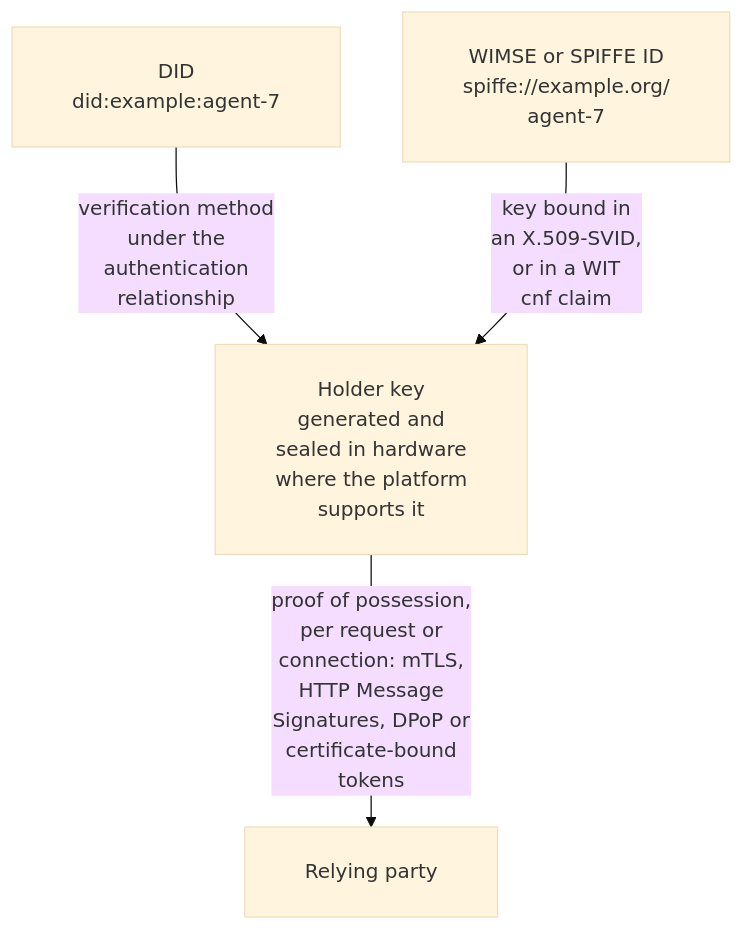
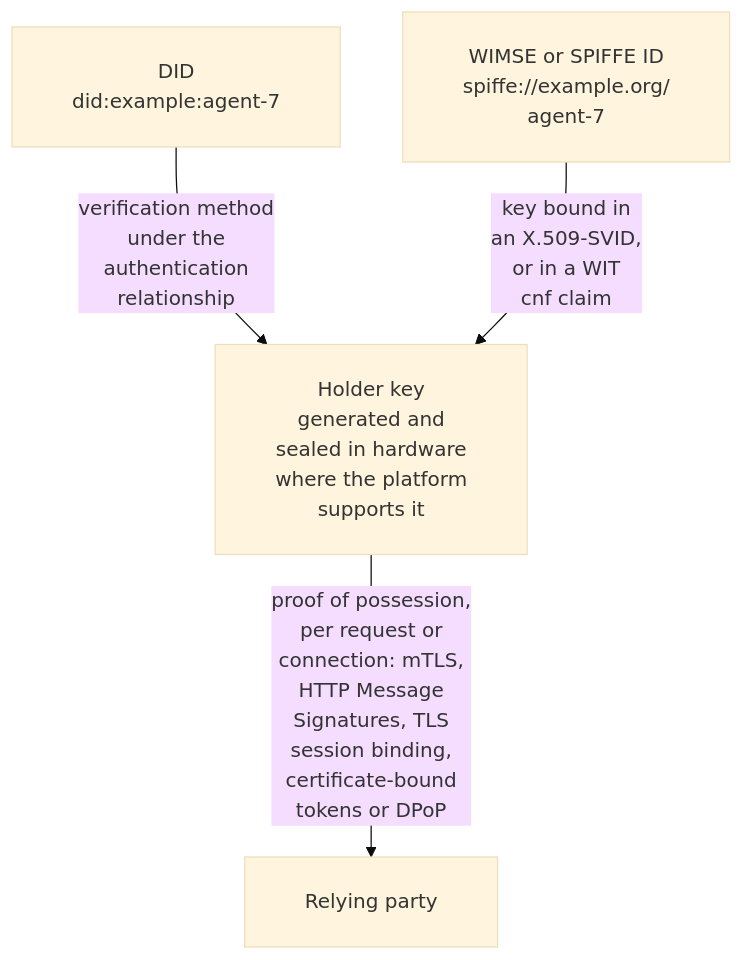
The first of 3 diagrams in whitepapers/agent-credentials.md (cosai-oasis/ws4-secure-design-agentic-systems), drawn with Mermaid (base theme) before and after one commit. The commit also changed other lines of this file, not shown here.

````diff
--- a/whitepapers/agent-credentials.md
+++ b/whitepapers/agent-credentials.md
@@ -290,7 +301,7 @@
 ```mermaid
 %%{init: {"flowchart": {"padding": 24}}}%%
 flowchart TD
     DID["DID<br/>did:example:agent-7"] -->|"verification method<br/>under the<br/>authentication<br/>relationship"| KEY
     WID["WIMSE or SPIFFE ID<br/>spiffe://example.org/<br/>agent-7"] -->|"key bound in<br/>an X.509-SVID,<br/>or in a WIT<br/>cnf claim"| KEY
-    KEY["Holder key<br/>generated and<br/>sealed in hardware<br/>where the platform<br/>supports it"] -->|"proof of possession,<br/>per request or<br/>connection: mTLS,<br/>HTTP Message<br/>Signatures, DPoP or<br/>certificate-bound<br/>tokens"| RP["Relying party"]
+    KEY["Holder key<br/>generated and<br/>sealed in hardware<br/>where the platform<br/>supports it"] -->|"proof of possession,<br/>per request or<br/>connection: mTLS,<br/>HTTP Message<br/>Signatures, TLS<br/>session binding,<br/>certificate-bound<br/>tokens or DPoP"| RP["Relying party"]
 ```
````
